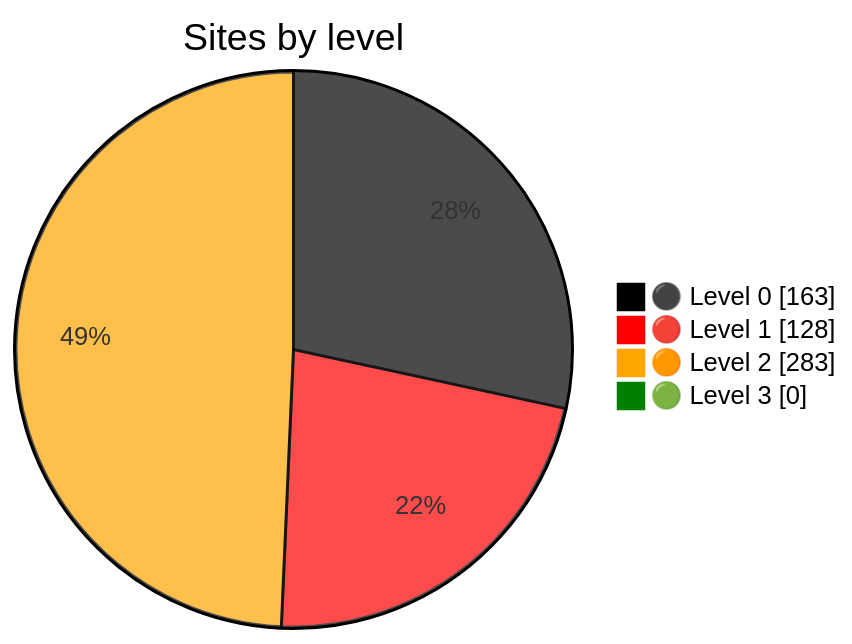
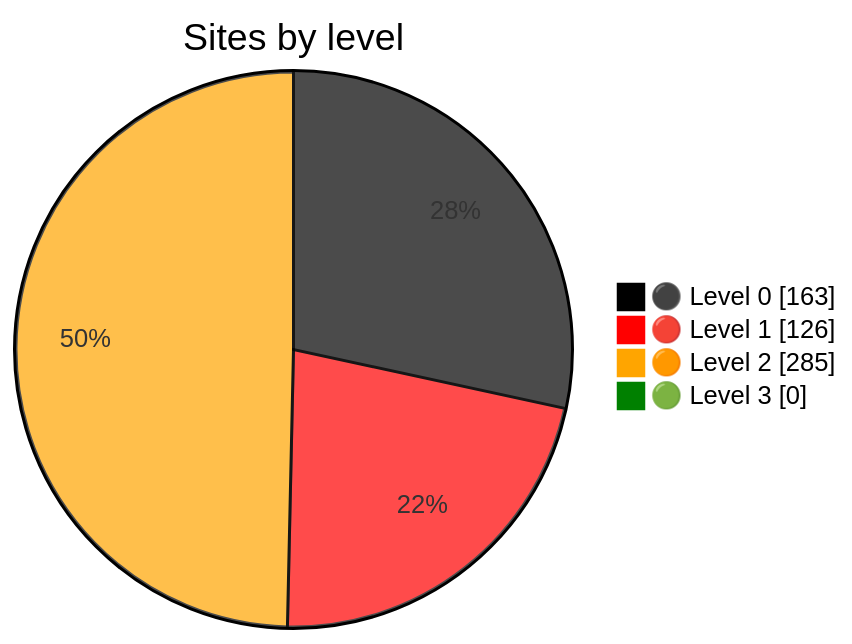
One commit to nuuuwan/gov_lk_web_auditor changed the diagram in README.md. Above: the diagram before and after it, drawn with Mermaid. The commit also changed other lines of this file and 2599 other files, not shown here.

````diff
--- a/README.md
+++ b/README.md
@@ -24,9 +24,9 @@
 ```mermaid
 %%{init: {"themeVariables":{"pie1":"black","pie2":"red","pie3":"orange","pie4":"green"}}}%%
 pie showData
     title Sites by level
     "⚫ Level 0" : 163
-    "🔴 Level 1" : 128
-    "🟠 Level 2" : 283
+    "🔴 Level 1" : 126
+    "🟠 Level 2" : 285
     "🟢 Level 3" : 0
 ```
````
